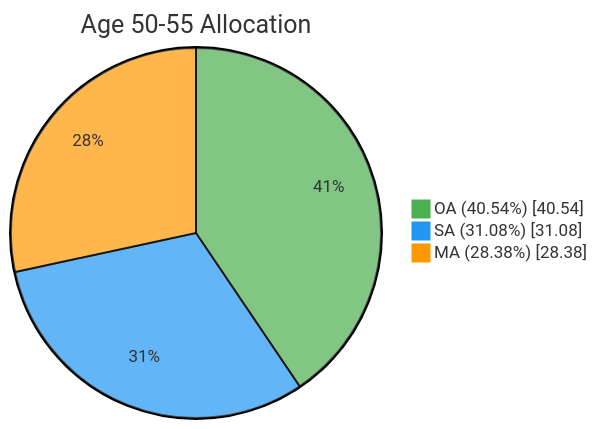
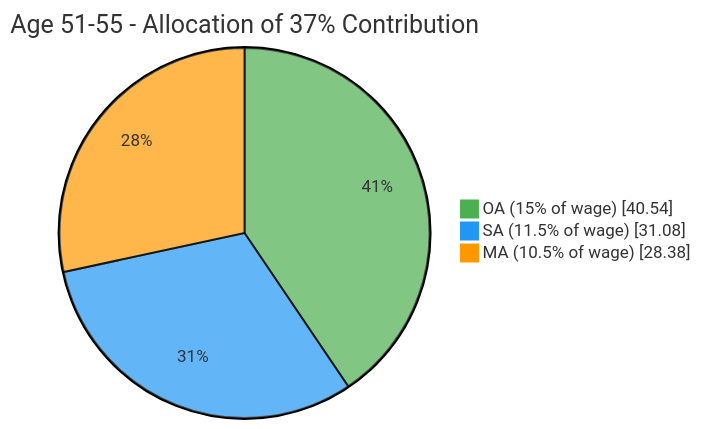
One commit to jcleow/wealthproject changed the fourth of 27 diagrams in specs/cpf-system-diagrams.md. Above: the diagram before and after it, drawn with Mermaid. The commit also changed other lines of this file and 13 other files, not shown here.

````diff
--- a/specs/cpf-system-diagrams.md
+++ b/specs/cpf-system-diagrams.md
@@ -147,7 +244,7 @@
 ```mermaid
 %%{init: {'theme': 'base', 'themeVariables': { 'pie1': '#4CAF50', 'pie2': '#2196F3', 'pie3': '#FF9800'}}}%%
-pie showData title Age 50-55 Allocation
-    "OA (40.54%)" : 40.54
-    "SA (31.08%)" : 31.08
-    "MA (28.38%)" : 28.38
+pie showData title Age 51-55 - Allocation of 37% Contribution
+    "OA (15% of wage)" : 40.54
+    "SA (11.5% of wage)" : 31.08
+    "MA (10.5% of wage)" : 28.38
 ```
````
